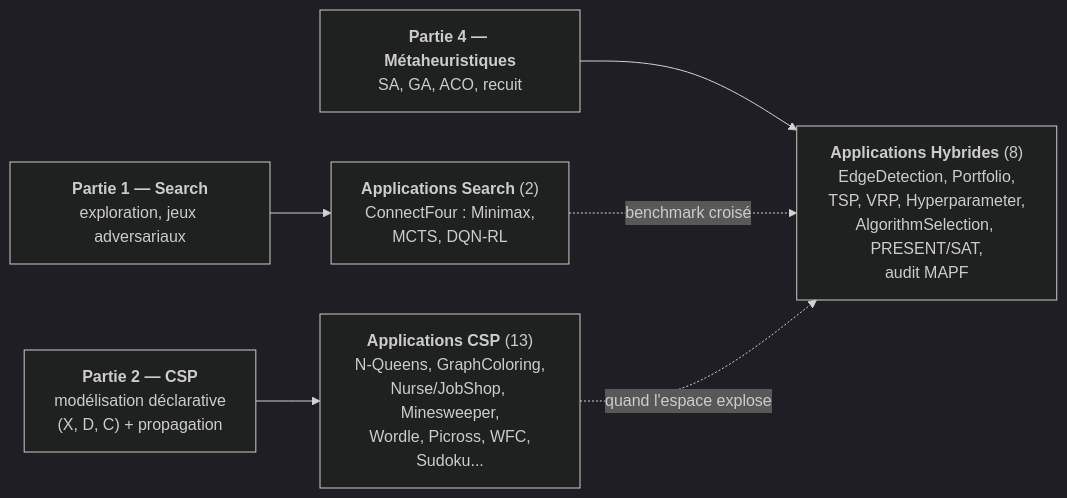
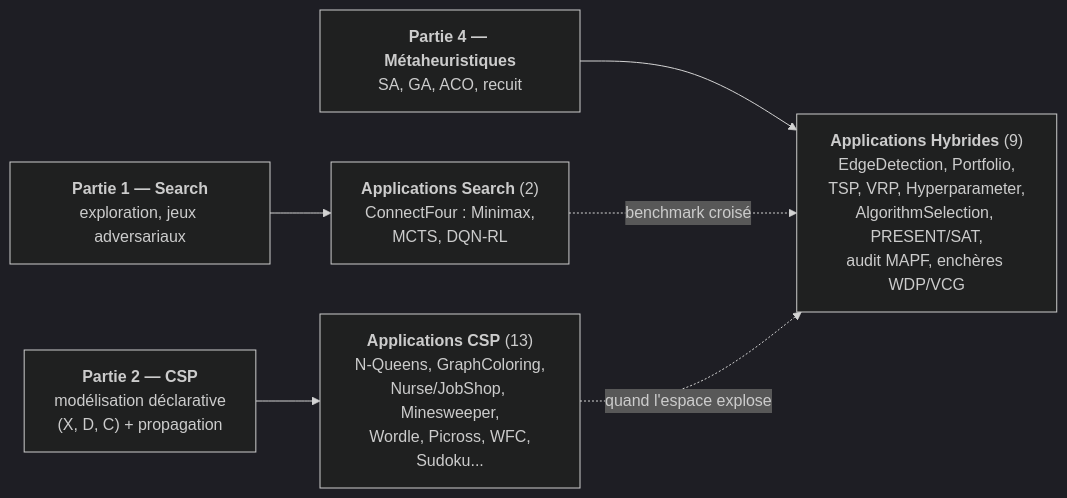
One commit to jsboige/CoursIA changed the diagram in MyIA.AI.Notebooks/Search/Applications/README.md. Above: the diagram before and after it, drawn with Mermaid (dark theme). The commit also changed other lines of this file and 8 other files, not shown here.

Commit message:
feat(search): distill combinatorial auctions WDP audit (#13413)

````diff
--- a/MyIA.AI.Notebooks/Search/Applications/README.md
+++ b/MyIA.AI.Notebooks/Search/Applications/README.md
@@ -38,14 +38,14 @@
 ```mermaid
 flowchart LR
     P1["<b>Partie 1 — Search</b><br/>exploration, jeux adversariaux"]
     P2["<b>Partie 2 — CSP</b><br/>modélisation déclarative<br/>(X, D, C) + propagation"]
     P4["<b>Partie 4 — Métaheuristiques</b><br/>SA, GA, ACO, recuit"]
     S["<b>Applications Search</b> (2)<br/>ConnectFour : Minimax,<br/>MCTS, DQN-RL"]
     C["<b>Applications CSP</b> (13)<br/>N-Queens, GraphColoring,<br/>Nurse/JobShop, Minesweeper,<br/>Wordle, Picross, WFC,<br/>Sudoku..."]
-    H["<b>Applications Hybrides</b> (8)<br/>EdgeDetection, Portfolio,<br/>TSP, VRP, Hyperparameter,<br/>AlgorithmSelection, PRESENT/SAT,<br/>audit MAPF"]
+    H["<b>Applications Hybrides</b> (9)<br/>EdgeDetection, Portfolio,<br/>TSP, VRP, Hyperparameter,<br/>AlgorithmSelection, PRESENT/SAT,<br/>audit MAPF, enchères WDP/VCG"]
     P1 --> S
     P2 --> C
     P4 --> H
     S -.->|"benchmark croisé"| H
     C -.->|"quand l'espace explose"| H
 ```
````
